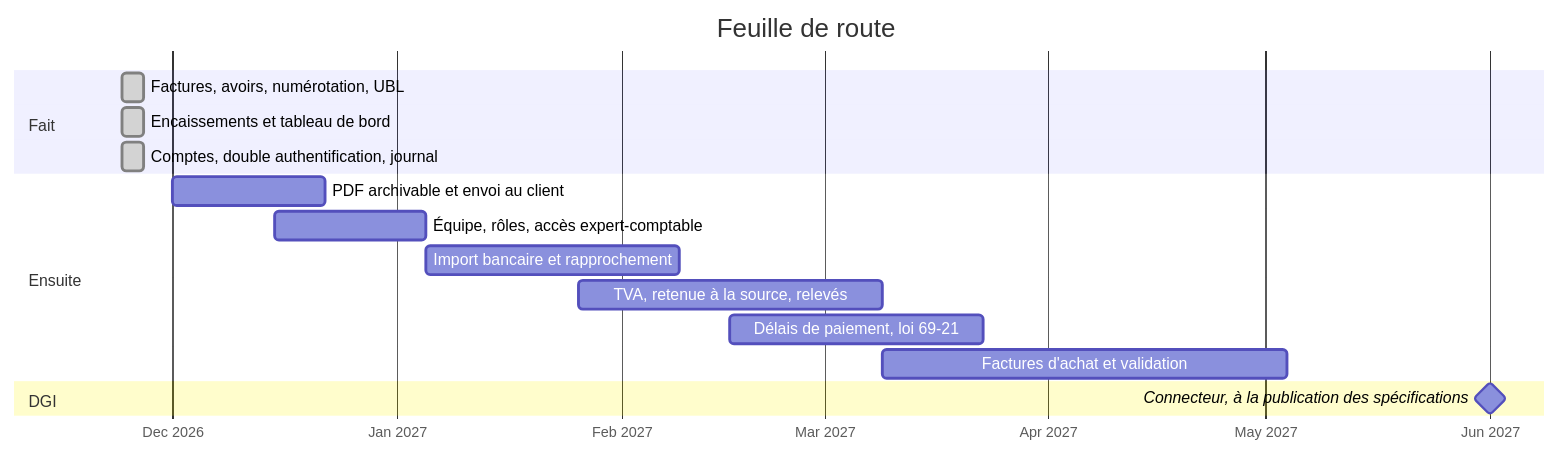
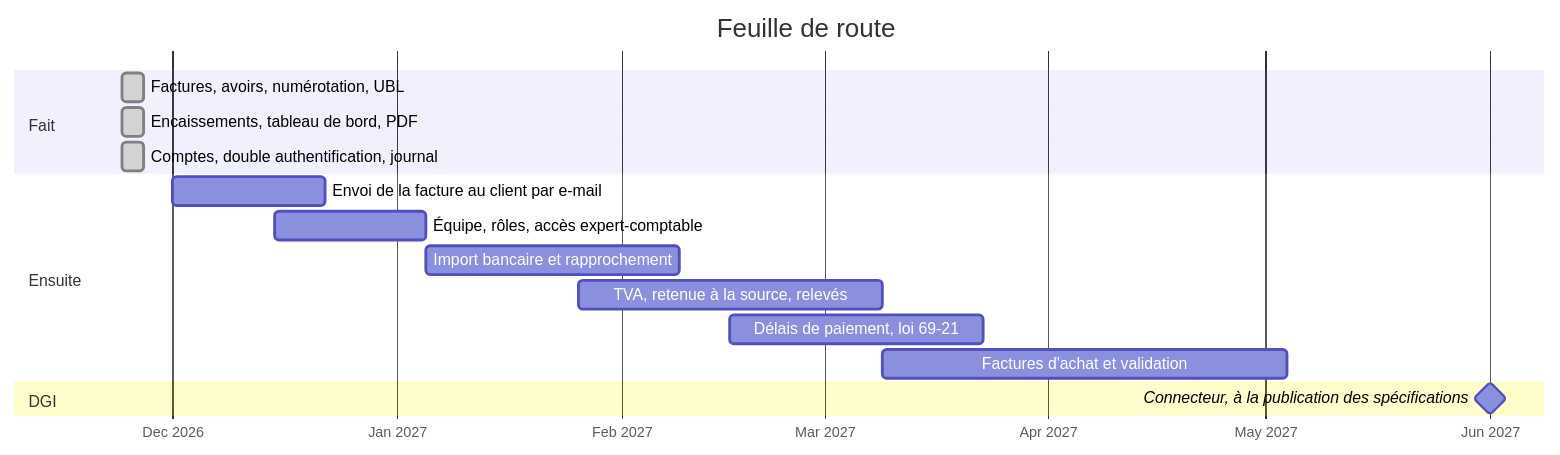
Before and after one commit to abderrahimghazali/tabaa: the fourth of 4 diagrams in README.md, drawn with Mermaid. The commit also changed other lines of this file and 40 other files, not shown here.

````diff
--- a/README.md
+++ b/README.md
@@ -220,19 +222,19 @@
 ```mermaid
 gantt
     title Feuille de route
     dateFormat YYYY-MM-DD
     axisFormat %b %Y
     section Fait
     Factures, avoirs, numérotation, UBL      :done, 2026-11-24, 3d
-    Encaissements et tableau de bord         :done, 2026-11-24, 3d
+    Encaissements, tableau de bord, PDF      :done, 2026-11-24, 3d
     Comptes, double authentification, journal :done, 2026-11-24, 3d
     section Ensuite
-    PDF archivable et envoi au client        :2026-12-01, 3w
+    Envoi de la facture au client par e-mail :2026-12-01, 3w
     Équipe, rôles, accès expert-comptable    :2026-12-15, 3w
     Import bancaire et rapprochement         :2027-01-05, 5w
     TVA, retenue à la source, relevés        :2027-01-26, 6w
     Délais de paiement, loi 69-21            :2027-02-16, 5w
     Factures d'achat et validation           :2027-03-09, 8w
     section DGI
     Connecteur, à la publication des spécifications :milestone, 2027-06-01, 0d
 ```
````
